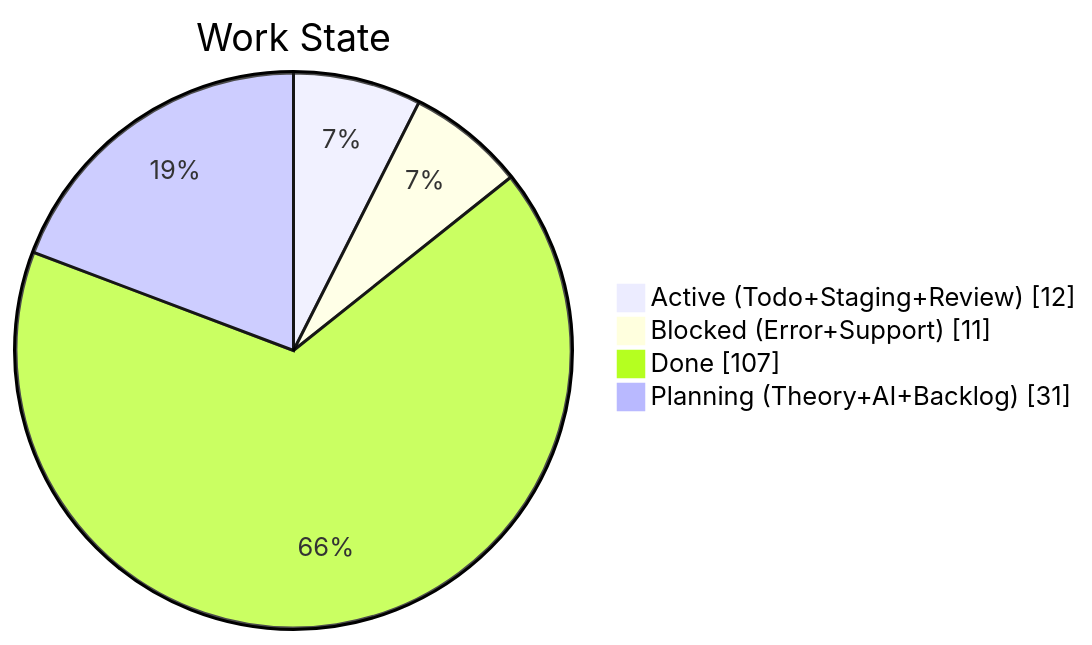
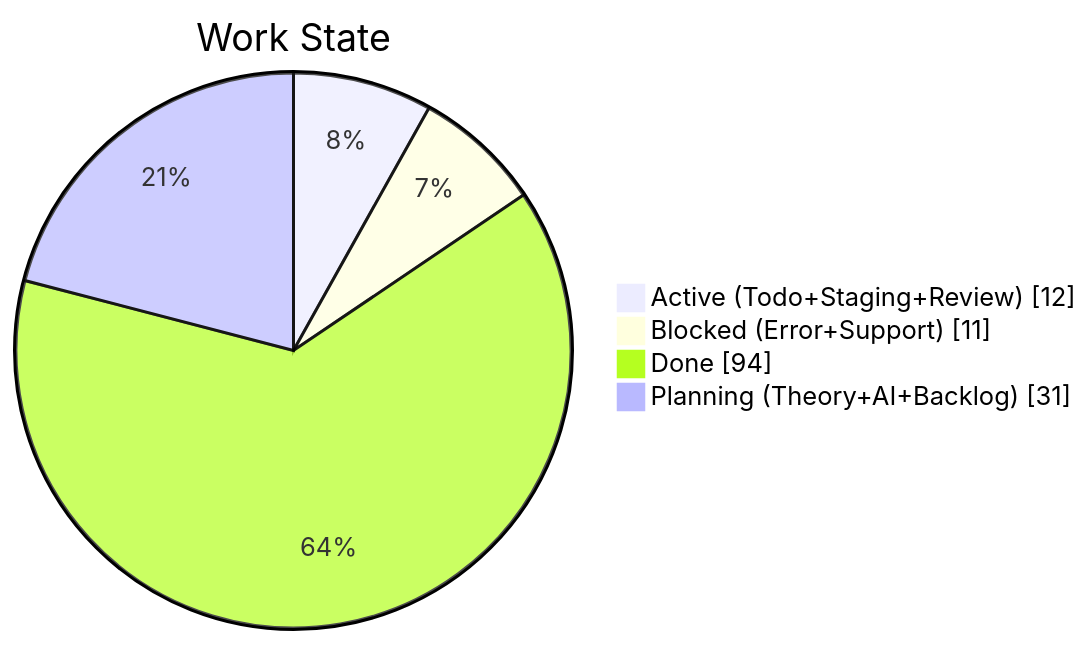
The second of 4 diagrams in apps/kbve/astro-kbve/src/content/docs/dashboard/kanban-data.mdx (KBVE/kbve), drawn with Mermaid before and after one commit. The commit also changed other lines of this file and 7 other files, not shown here.

````diff
--- a/apps/kbve/astro-kbve/src/content/docs/dashboard/kanban-data.mdx
+++ b/apps/kbve/astro-kbve/src/content/docs/dashboard/kanban-data.mdx
@@ -68,8 +68,8 @@
 ```mermaid
 pie showData
     title Work State
     "Active (Todo+Staging+Review)" : 12
     "Blocked (Error+Support)" : 11
-    "Done" : 107
+    "Done" : 94
     "Planning (Theory+AI+Backlog)" : 31
 ```
````
